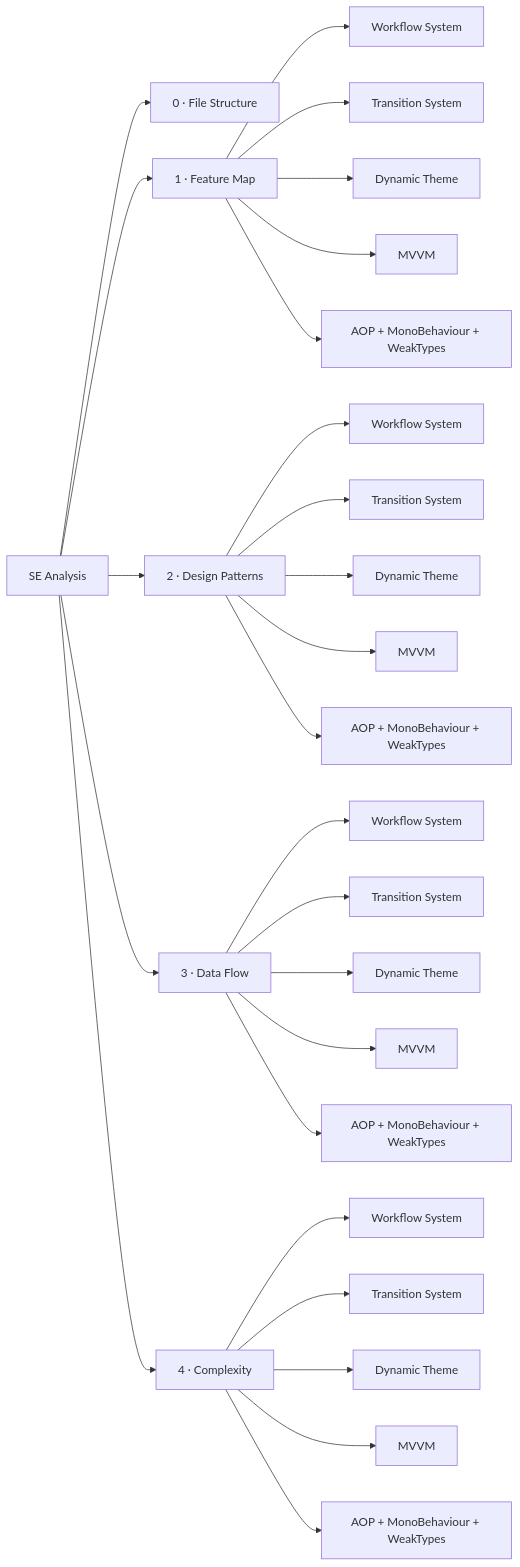
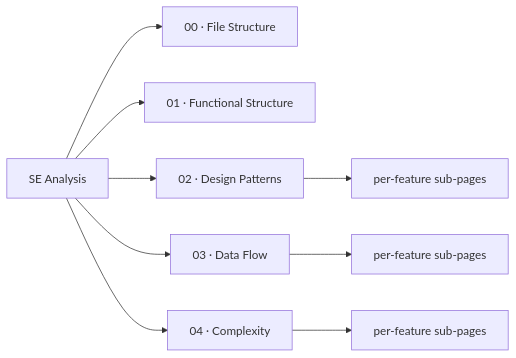
One commit to Axvser/VeloxDev.Docs changed the diagram in src/CloudGlyph/Assets/Docs/content/en/3_SE_Analysis/index.md. Above: the diagram before and after it, drawn with Mermaid. The commit also changed other lines of this file and 367 other files, not shown here.

First line of the commit message:
Rewrite wiki with optimized skill: finer sub-pages, corrected prerequisites, real-engine-validated diagrams

````diff
--- a/src/CloudGlyph/Assets/Docs/content/en/3_SE_Analysis/index.md
+++ b/src/CloudGlyph/Assets/Docs/content/en/3_SE_Analysis/index.md
@@ -5,28 +5,11 @@
 ```mermaid
 flowchart LR
-    A[SE Analysis] --> B[0 · File Structure]
-    A --> C[1 · Feature Map]
-    A --> D[2 · Design Patterns]
-    A --> E[3 · Data Flow]
-    A --> F[4 · Complexity]
-    C --> C0[Workflow System]
-    C --> C1[Transition System]
-    C --> C2[Dynamic Theme]
-    C --> C3[MVVM]
-    C --> C4[AOP + MonoBehaviour + WeakTypes]
-    D --> D0[Workflow System]
-    D --> D1[Transition System]
-    D --> D2[Dynamic Theme]
-    D --> D3[MVVM]
-    D --> D4[AOP + MonoBehaviour + WeakTypes]
-    E --> E0[Workflow System]
-    E --> E1[Transition System]
-    E --> E2[Dynamic Theme]
-    E --> E3[MVVM]
-    E --> E4[AOP + MonoBehaviour + WeakTypes]
-    F --> F0[Workflow System]
-    F --> F1[Transition System]
-    F --> F2[Dynamic Theme]
-    F --> F3[MVVM]
-    F --> F4[AOP + MonoBehaviour + WeakTypes]
+    A[SE Analysis] --> B[00 · File Structure]
+    A --> C[01 · Functional Structure]
+    A --> D[02 · Design Patterns]
+    A --> E[03 · Data Flow]
+    A --> F[04 · Complexity]
+    D --> D0[per-feature sub-pages]
+    E --> E0[per-feature sub-pages]
+    F --> F0[per-feature sub-pages]
 ```
````
